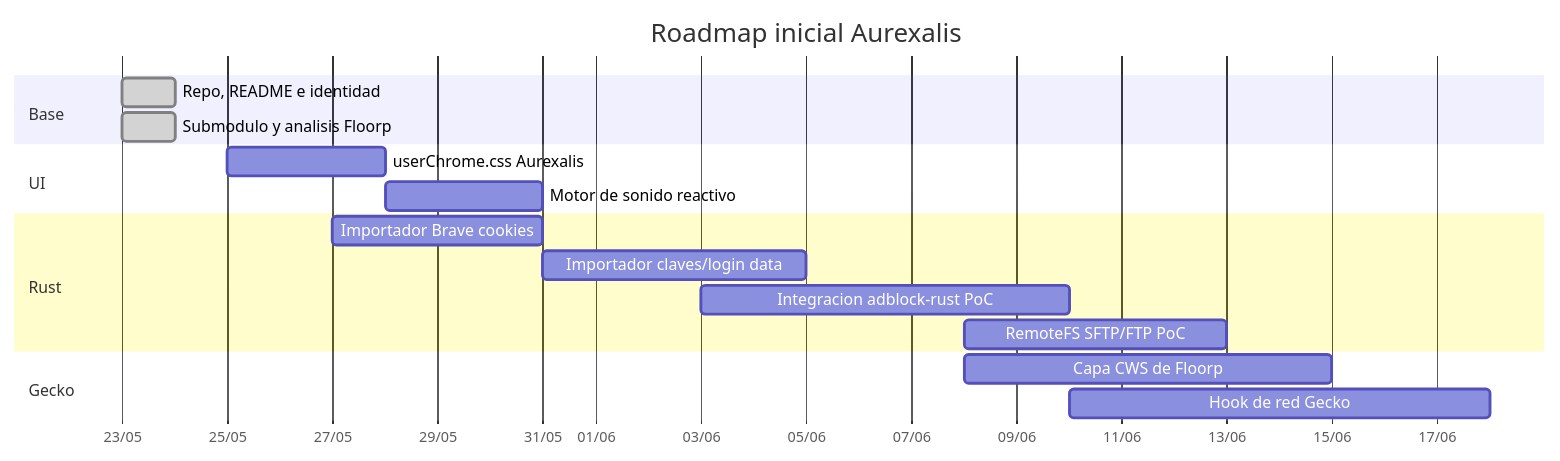
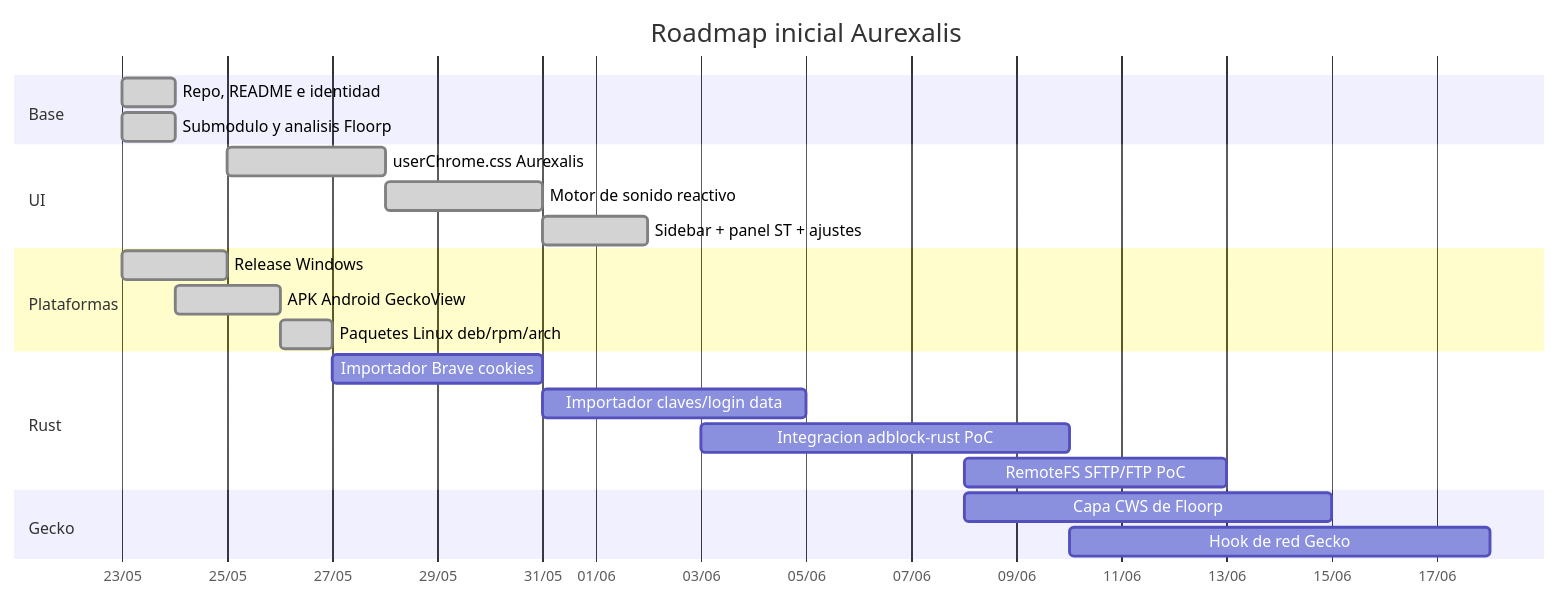
The fourth of 4 diagrams in README.md (JackStar6677-1/Aurexalis), drawn with Mermaid before and after one commit. The commit also changed other lines of this file and 3 other files, not shown here.

````diff
--- a/README.md
+++ b/README.md
@@ -193,24 +253,30 @@
 ```mermaid
 gantt
   title Roadmap inicial Aurexalis
   dateFormat  YYYY-MM-DD
   axisFormat  %d/%m
 
   section Base
   Repo, README e identidad       :done,    r1, 2026-05-23, 1d
   Submodulo y analisis Floorp    :done,    r2, 2026-05-23, 1d
 
   section UI
-  userChrome.css Aurexalis       :         u1, 2026-05-25, 3d
-  Motor de sonido reactivo       :         u2, after u1, 3d
+  userChrome.css Aurexalis       :done,    u1, 2026-05-25, 3d
+  Motor de sonido reactivo       :done,    u2, after u1, 3d
+  Sidebar + panel ST + ajustes   :done,    u3, after u2, 2d
+
+  section Plataformas
+  Release Windows                :done,    p1, 2026-05-23, 2d
+  APK Android GeckoView          :done,    p2, 2026-05-24, 2d
+  Paquetes Linux deb/rpm/arch    :done,    p3, after p2, 1d
 
   section Rust
   Importador Brave cookies       :         m1, 2026-05-27, 4d
   Importador claves/login data   :         m2, after m1, 5d
   Integracion adblock-rust PoC   :         b1, 2026-06-03, 7d
   RemoteFS SFTP/FTP PoC          :         f1, 2026-06-08, 5d
 
   section Gecko
   Capa CWS de Floorp             :         e1, 2026-06-08, 7d
   Hook de red Gecko              :         e2, after b1, 8d
 ```
````
